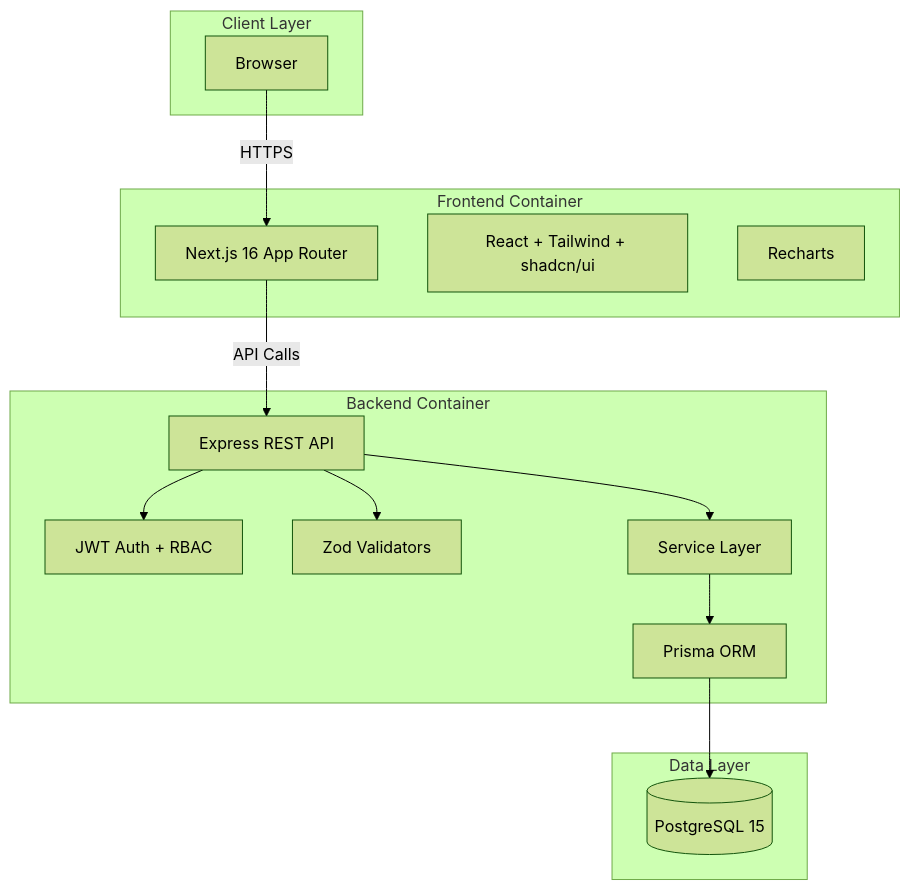
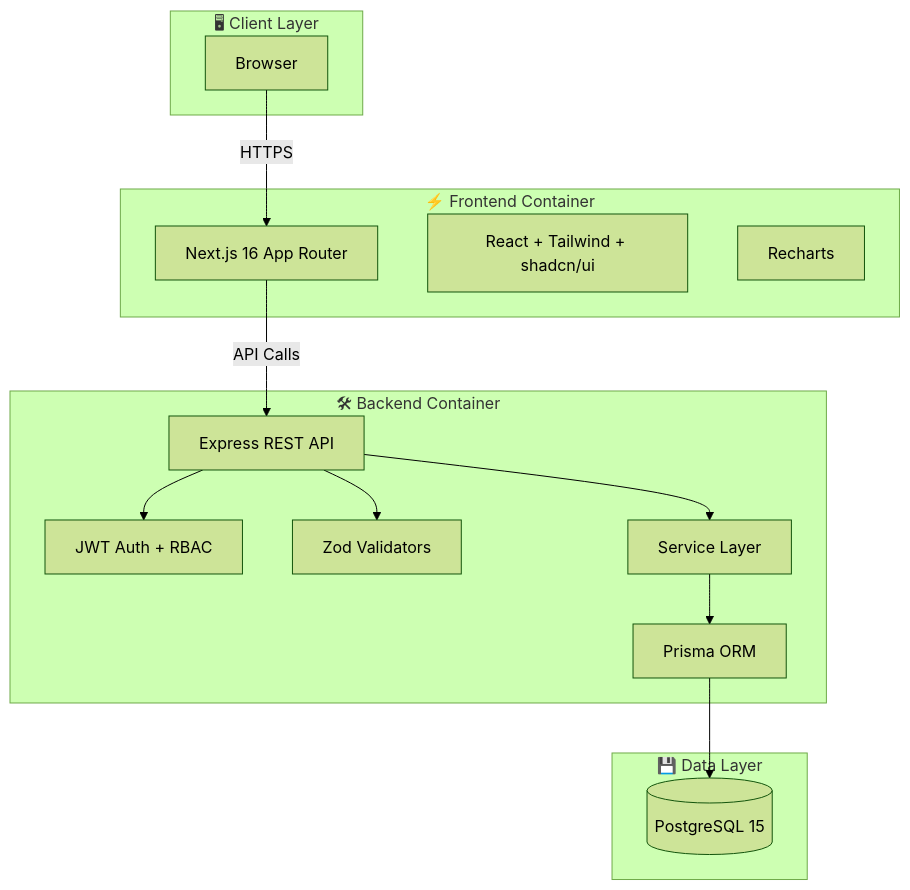
The first of 2 diagrams in Documents/Nextlevr Full Stack Project/README.md (vardhan23v/agentic-ai), drawn with Mermaid (forest theme) before and after one commit. The commit also changed other lines of this file and 138 other files, not shown here.

````diff
--- a/Documents/Nextlevr Full Stack Project/README.md
+++ b/Documents/Nextlevr Full Stack Project/README.md
@@ -125,32 +129,32 @@
 ```mermaid
 flowchart TB
-    subgraph Client["Client Layer"]
+    subgraph Client["🖥 Client Layer"]
         Browser["Browser"]
     end
 
-    subgraph NextJS["Frontend Container"]
+    subgraph NextJS["⚡ Frontend Container"]
         App["Next.js 16 App Router"]
         UI["React + Tailwind + shadcn/ui"]
         Charts["Recharts"]
     end
 
-    subgraph Express["Backend Container"]
+    subgraph Express["🛠 Backend Container"]
         API["Express REST API"]
         Auth["JWT Auth + RBAC"]
         Validators["Zod Validators"]
         Services["Service Layer"]
         Prisma["Prisma ORM"]
     end
 
-    subgraph Data["Data Layer"]
+    subgraph Data["💾 Data Layer"]
         Postgres[("PostgreSQL 15")]
     end
 
     Browser -->|HTTPS| App
     App -->|API Calls| API
     API --> Auth
     API --> Validators
     API --> Services
     Services --> Prisma
     Prisma --> Postgres
 ```
````
